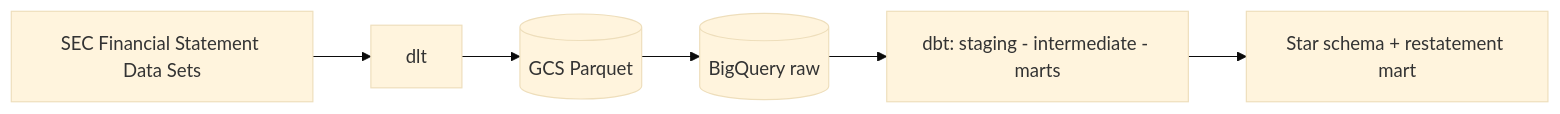
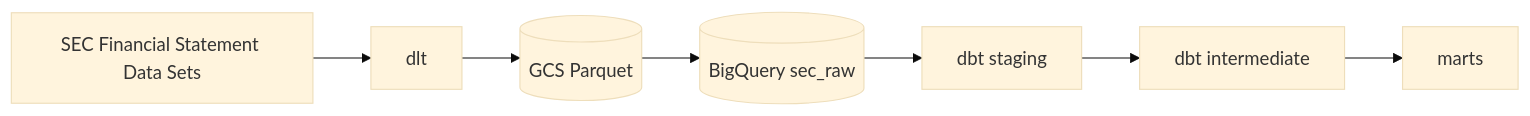
Before and after one commit to ari-butterfield/sec-pit-warehouse: the diagram in README.md, drawn with Mermaid (base theme). The commit also changed other lines of this file and 16 other files, not shown here.

````diff
--- a/README.md
+++ b/README.md
@@ -15,9 +26,9 @@
 ```mermaid
-%% Filled in Day 8.
 flowchart LR
     A[SEC Financial Statement Data Sets] --> B[dlt]
     B --> C[(GCS Parquet)]
-    C --> D[(BigQuery raw)]
-    D --> E[dbt: staging - intermediate - marts]
-    E --> F[Star schema + restatement mart]
+    C --> D[(BigQuery sec_raw)]
+    D --> E[dbt staging]
+    E --> F[dbt intermediate]
+    F --> G[marts]
 ```
````
